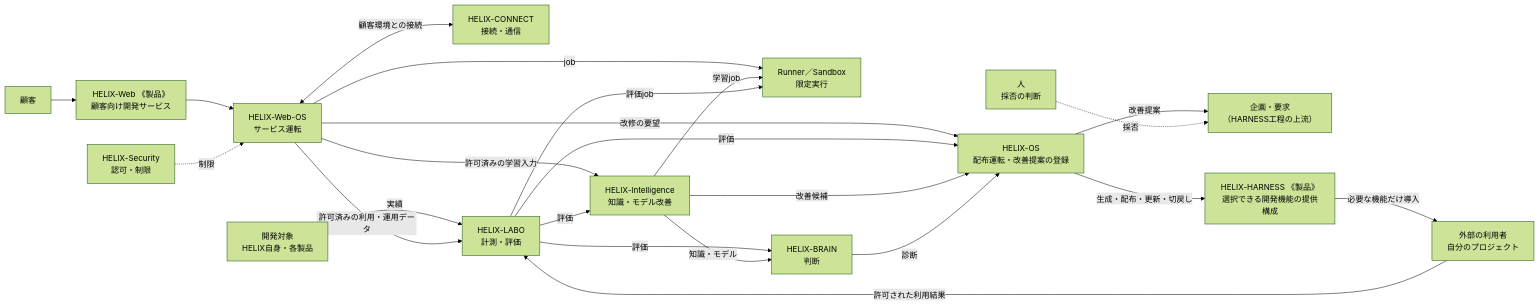
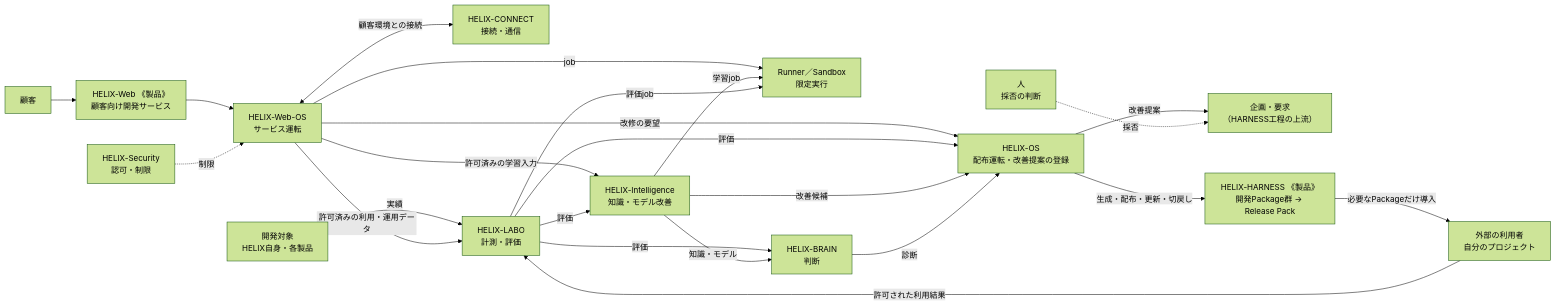
One commit to RetryYN/HELIX-HARNESS changed the third of 3 diagrams in docs/concept/helix-concept.md. Above: the diagram before and after it, drawn with Mermaid (forest theme). The commit also changed other lines of this file, not shown here.

Commit message:
docs: restore HARNESS product group in Concept

````diff
--- a/docs/concept/helix-concept.md
+++ b/docs/concept/helix-concept.md
@@ -161,41 +161,41 @@
 ```mermaid
 flowchart LR
     REQ2["企画・要求<br/>（HARNESS工程の上流）"]
     Human["人<br/>採否の判断"]
     Targets["開発対象<br/>HELIX自身・各製品"]
-    PKG["HELIX-HARNESS 《製品》<br/>選択できる開発機能の提供構成"]
+    PKG["HELIX-HARNESS 《製品》<br/>開発Package群 → Release Pack"]
     ExtUser["外部の利用者<br/>自分のプロジェクト"]
     Customer["顧客"]
     WEB["HELIX-Web 《製品》<br/>顧客向け開発サービス"]
     WEBOS["HELIX-Web-OS<br/>サービス運転"]
     CONNECT["HELIX-CONNECT<br/>接続・通信"]
     RUNNER["Runner／Sandbox<br/>限定実行"]
     LABO["HELIX-LABO<br/>計測・評価"]
     INT["HELIX-Intelligence<br/>知識・モデル改善"]
     BRAIN["HELIX-BRAIN<br/>判断"]
     OS["HELIX-OS<br/>配布運転・改善提案の登録"]
     SEC["HELIX-Security<br/>認可・制限"]
 
     OS -->|生成・配布・更新・切戻し| PKG
-    PKG -->|必要な機能だけ導入| ExtUser
+    PKG -->|必要なPackageだけ導入| ExtUser
     ExtUser -->|許可された利用結果| LABO
     Customer --> WEB
     WEB --> WEBOS
     WEBOS <-->|顧客環境との接続| CONNECT
     WEBOS -->|job| RUNNER
     SEC -.->|制限| WEBOS
     Targets -->|実績| LABO
     WEBOS -->|許可済みの利用・運用データ| LABO
     WEBOS -->|許可済みの学習入力| INT
     WEBOS -->|改修の要望| OS
     LABO -->|評価| BRAIN
     LABO -->|評価| INT
     LABO -->|評価| OS
     INT -->|知識・モデル| BRAIN
     INT -->|改善候補| OS
     INT -->|学習job| RUNNER
     LABO -->|評価job| RUNNER
     BRAIN -->|診断| OS
     OS -->|改善提案| REQ2
     Human -.->|採否| REQ2
 ```
````
